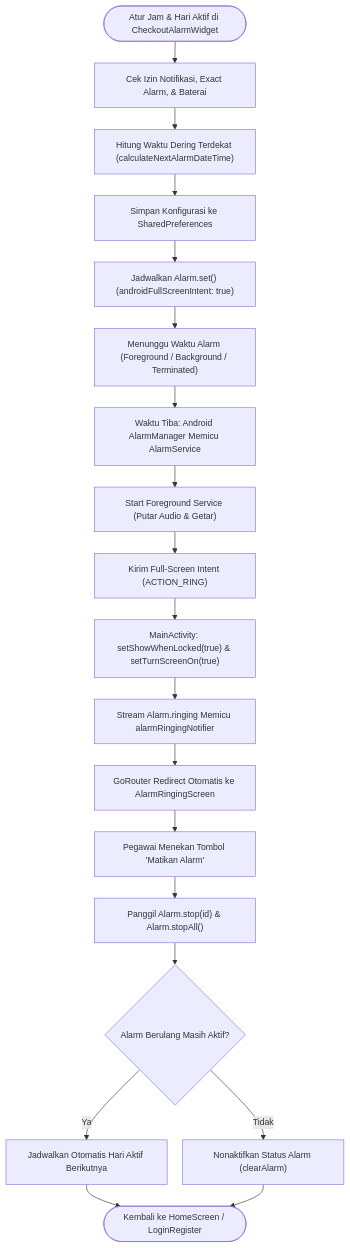
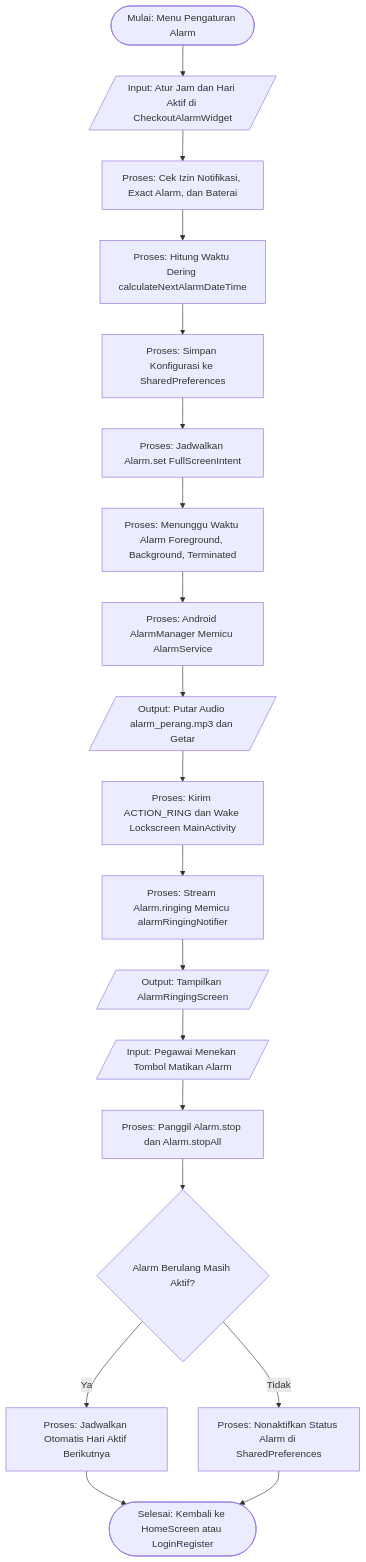
Before and after one commit to minipingu/absensi_dede: the third of 3 diagrams in README.md, drawn with Mermaid. The commit also changed other lines of this file, not shown here.

Commit message:
md input

````diff
--- a/README.md
+++ b/README.md
@@ -152,27 +154,24 @@
 ```mermaid
-%%{init: {'flowchart': {'useMaxWidth': false, 'nodeSpacing': 25, 'rankSpacing': 35}, 'themeVariables': {'fontSize': '14px'}}}%%
 flowchart TD
-    classDef default font-size:14px;
+    StartAlarm([Mulai: Menu Pengaturan Alarm]) --> SetAlarm[/Input: Atur Jam dan Hari Aktif di CheckoutAlarmWidget/]
+    SetAlarm --> CheckAlarmPerm[Proses: Cek Izin Notifikasi, Exact Alarm, dan Baterai]
+    CheckAlarmPerm --> CalcNext[Proses: Hitung Waktu Dering calculateNextAlarmDateTime]
+    CalcNext --> SavePref[Proses: Simpan Konfigurasi ke SharedPreferences]
+    SavePref --> ScheduleNative[Proses: Jadwalkan Alarm.set FullScreenIntent]
 
-    SetAlarm(["Atur Jam & Hari Aktif di CheckoutAlarmWidget"]) --> CheckAlarmPerm["Cek Izin Notifikasi, Exact Alarm, & Baterai"]
-    CheckAlarmPerm --> CalcNext["Hitung Waktu Dering Terdekat (calculateNextAlarmDateTime)"]
-    CalcNext --> SavePref["Simpan Konfigurasi ke SharedPreferences"]
-    SavePref --> ScheduleNative["Jadwalkan Alarm.set() (androidFullScreenIntent: true)"]
+    ScheduleNative --> WaitTime[Proses: Menunggu Waktu Alarm Foreground, Background, Terminated]
+    WaitTime --> AlarmTriggered[Proses: Android AlarmManager Memicu AlarmService]
 
-    ScheduleNative --> WaitTime["Menunggu Waktu Alarm (Foreground / Background / Terminated)"]
-    WaitTime --> AlarmTriggered["Waktu Tiba: Android AlarmManager Memicu AlarmService"]
+    AlarmTriggered --> StartFgService[/Output: Putar Audio alarm_perang.mp3 dan Getar/]
+    StartFgService --> WakeScreen[Proses: Kirim ACTION_RING dan Wake Lockscreen MainActivity]
+    WakeScreen --> NotifyRouter[Proses: Stream Alarm.ringing Memicu alarmRingingNotifier]
+    NotifyRouter --> OpenRingScreen[/Output: Tampilkan AlarmRingingScreen/]
 
-    AlarmTriggered --> StartFgService["Start Foreground Service (Putar Audio & Getar)"]
-    StartFgService --> SendIntent["Kirim Full-Screen Intent (ACTION_RING)"]
-    SendIntent --> WakeScreen["MainActivity: setShowWhenLocked(true) & setTurnScreenOn(true)"]
-    WakeScreen --> NotifyRouter["Stream Alarm.ringing Memicu alarmRingingNotifier"]
-    NotifyRouter --> OpenRingScreen["GoRouter Redirect Otomatis ke AlarmRingingScreen"]
-
-    OpenRingScreen --> UserStop["Pegawai Menekan Tombol 'Matikan Alarm'"]
-    UserStop --> StopService["Panggil Alarm.stop(id) & Alarm.stopAll()"]
-    StopService --> CheckRepeat{"Alarm Berulang Masih Aktif?"}
-    CheckRepeat -- "Ya" --> AutoReschedule["Jadwalkan Otomatis Hari Aktif Berikutnya"]
-    CheckRepeat -- "Tidak" --> ClearAlarm["Nonaktifkan Status Alarm (clearAlarm)"]
-    AutoReschedule --> Finish(["Kembali ke HomeScreen / LoginRegister"])
+    OpenRingScreen --> UserStop[/Input: Pegawai Menekan Tombol Matikan Alarm/]
+    UserStop --> StopService[Proses: Panggil Alarm.stop dan Alarm.stopAll]
+    StopService --> CheckRepeat{Alarm Berulang Masih Aktif?}
+    CheckRepeat -->|Ya| AutoReschedule[Proses: Jadwalkan Otomatis Hari Aktif Berikutnya]
+    CheckRepeat -->|Tidak| ClearAlarm[Proses: Nonaktifkan Status Alarm di SharedPreferences]
+    AutoReschedule --> Finish([Selesai: Kembali ke HomeScreen atau LoginRegister])
     ClearAlarm --> Finish
 ```
````
